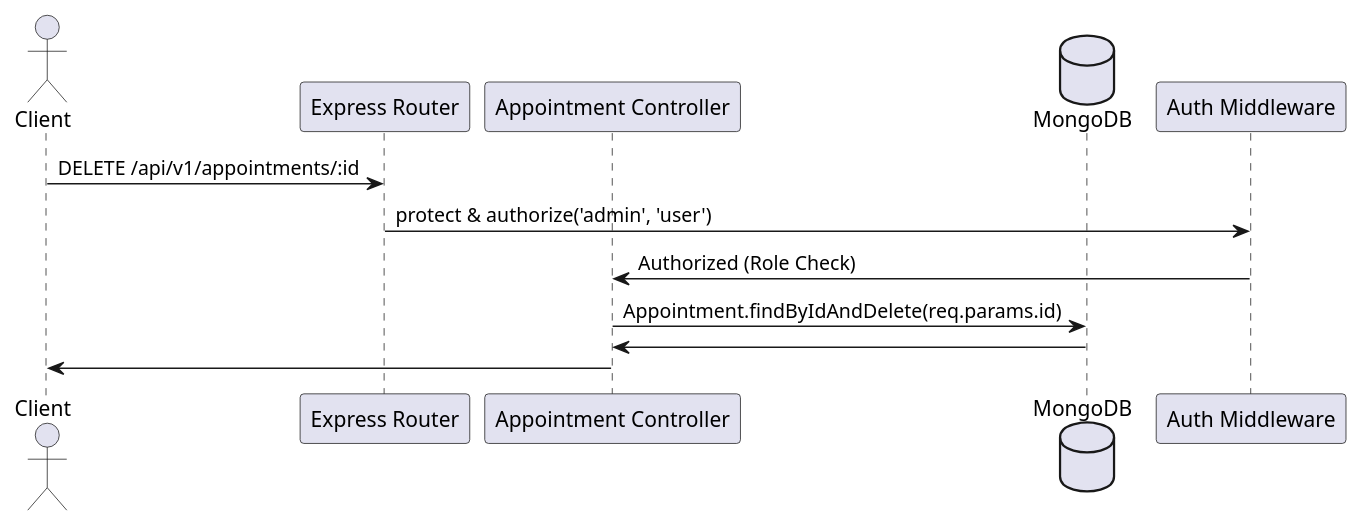
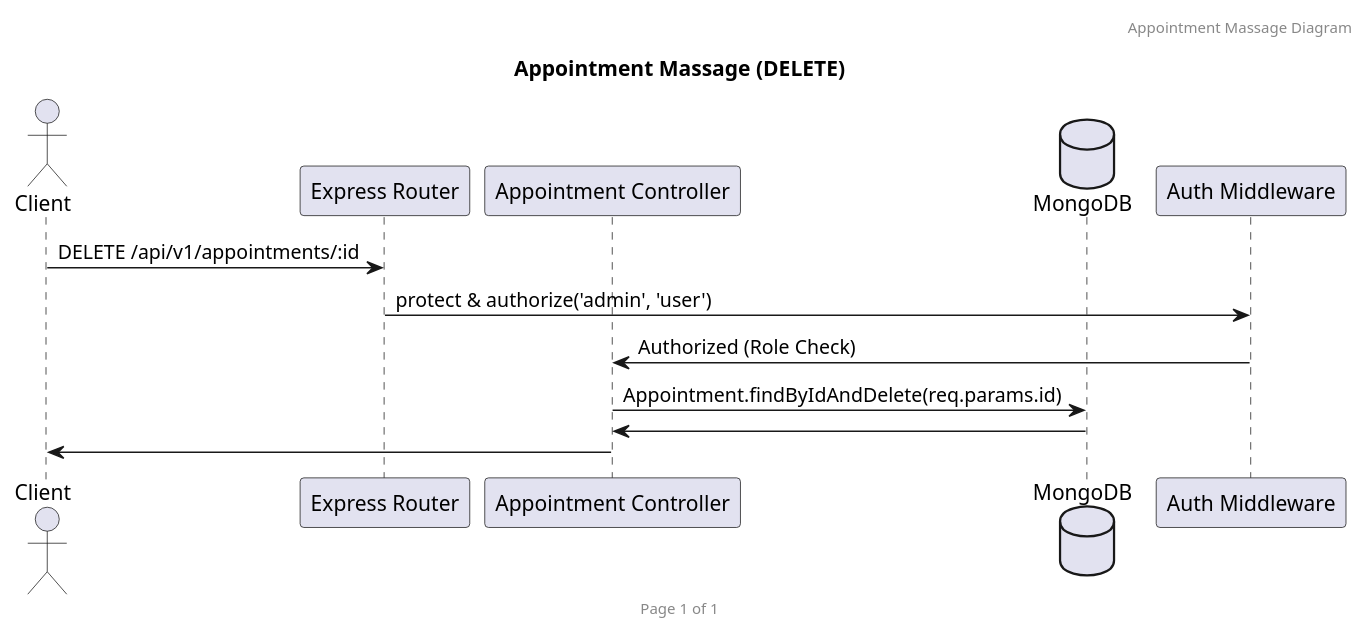
Before and after one commit to 2110503TACEDT66/presentation-day-1-samsaomidnight: the diagram in PlantUml/ApptDELETE.puml, drawn with PlantUML.

Commit message:
Edit Appt DELETE

```diff
--- a/PlantUml/ApptDELETE.puml
+++ b/PlantUml/ApptDELETE.puml
@@ -1,17 +1,21 @@
 @startuml Appointment
+
+header Appointment Massage Diagram
+footer Page %page% of %lastpage%
+title "Appointment Massage (DELETE)"
 
 actor Client
 participant "Express Router" as Router
 participant "Appointment Controller" as Controller
 database "MongoDB" as DB
 participant "Auth Middleware" as Auth
 
 
 Client -> Router : DELETE /api/v1/appointments/:id
 Router -> Auth : protect & authorize('admin', 'user')
 Auth -> Controller : Authorized (Role Check)
 Controller -> DB : Appointment.findByIdAndDelete(req.params.id)
 DB -> Controller : 
 Controller -> Client : 
 
 @enduml
```
